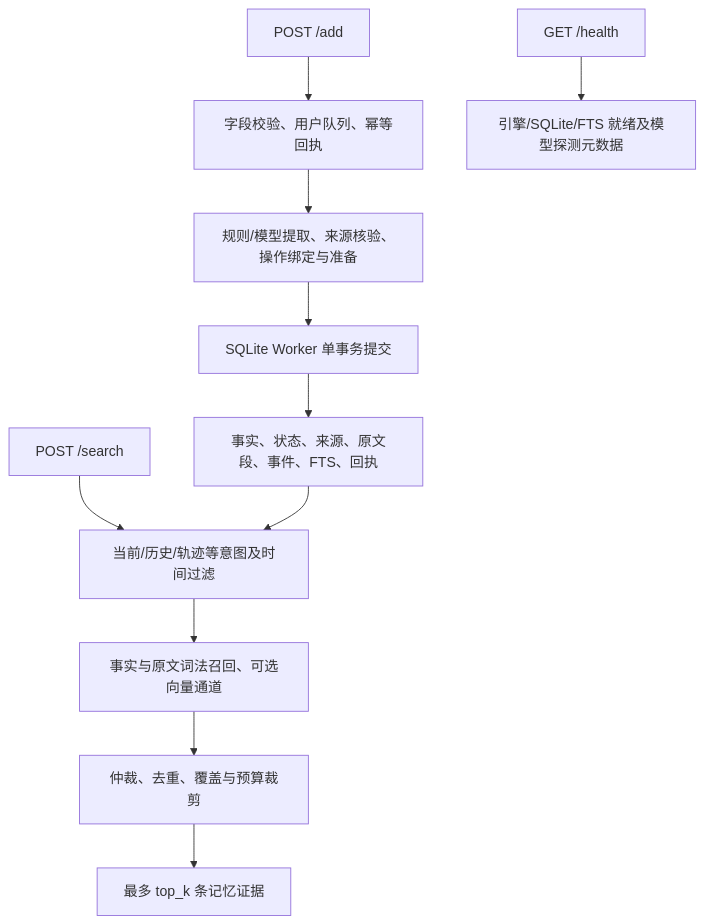
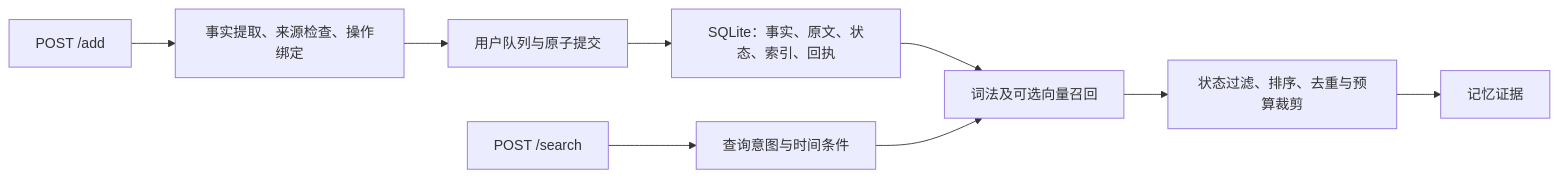
One commit to EnochLi15/agent-memory-service changed the diagram in SDD.md. Above: the diagram before and after it, drawn with Mermaid. The commit also changed other lines of this file and 30 other files, not shown here.

````diff
--- a/SDD.md
+++ b/SDD.md
@@ -13,13 +7,11 @@
 ```mermaid
-flowchart TD
-  A[POST /add] --> V[字段校验、用户队列、幂等回执]
-  V --> P[规则/模型提取、来源核验、操作绑定与准备]
-  P --> C[SQLite Worker 单事务提交]
-  C --> F[事实、状态、来源、原文段、事件、FTS、回执]
-  Q[POST /search] --> I[当前/历史/轨迹等意图及时间过滤]
-  F --> I
-  I --> R[事实与原文词法召回、可选向量通道]
-  R --> K[仲裁、去重、覆盖与预算裁剪]
-  K --> E[最多 top_k 条记忆证据]
-  H[GET /health] --> W[引擎/SQLite/FTS 就绪及模型探测元数据]
+flowchart LR
+  Add[POST /add] --> Prepare[事实提取、来源检查、操作绑定]
+  Prepare --> Commit[用户队列与原子提交]
+  Commit --> DB[SQLite：事实、原文、状态、索引、回执]
+  Search[POST /search] --> Intent[查询意图与时间条件]
+  DB --> Recall[词法及可选向量召回]
+  Intent --> Recall
+  Recall --> Filter[状态过滤、排序、去重与预算裁剪]
+  Filter --> Evidence[记忆证据]
 ```
````
